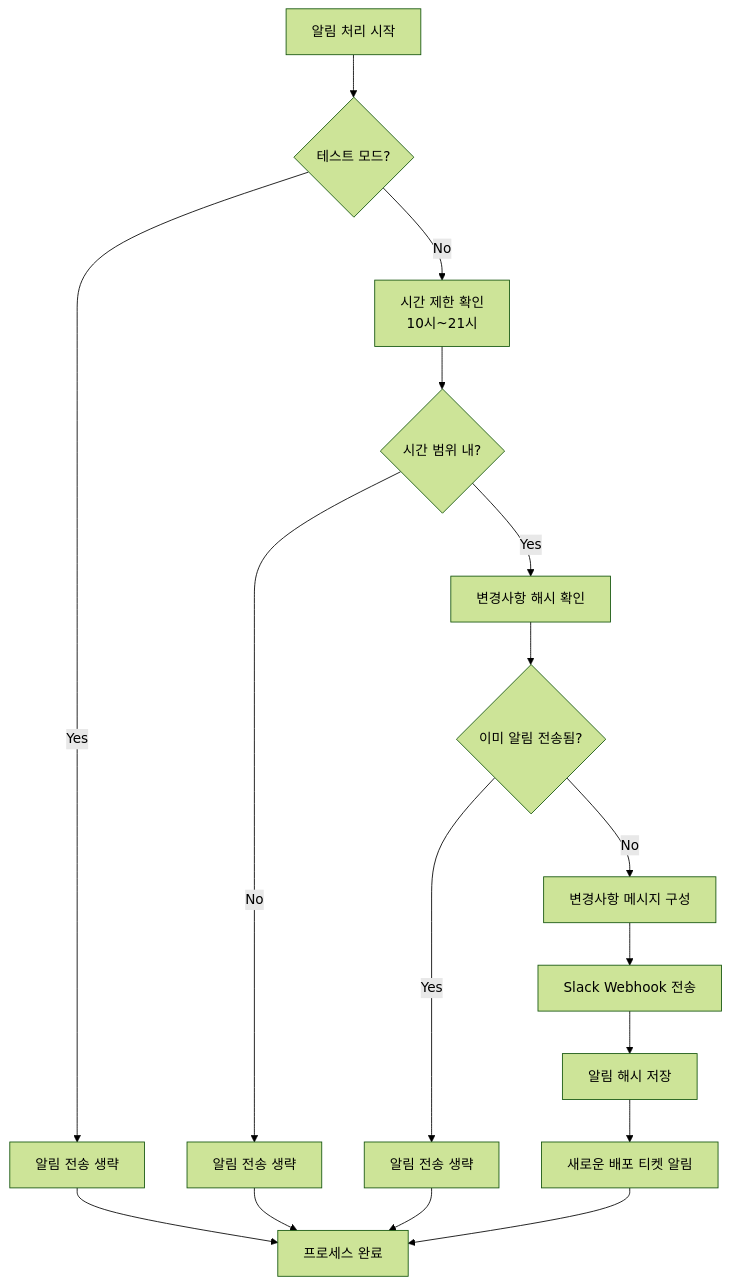
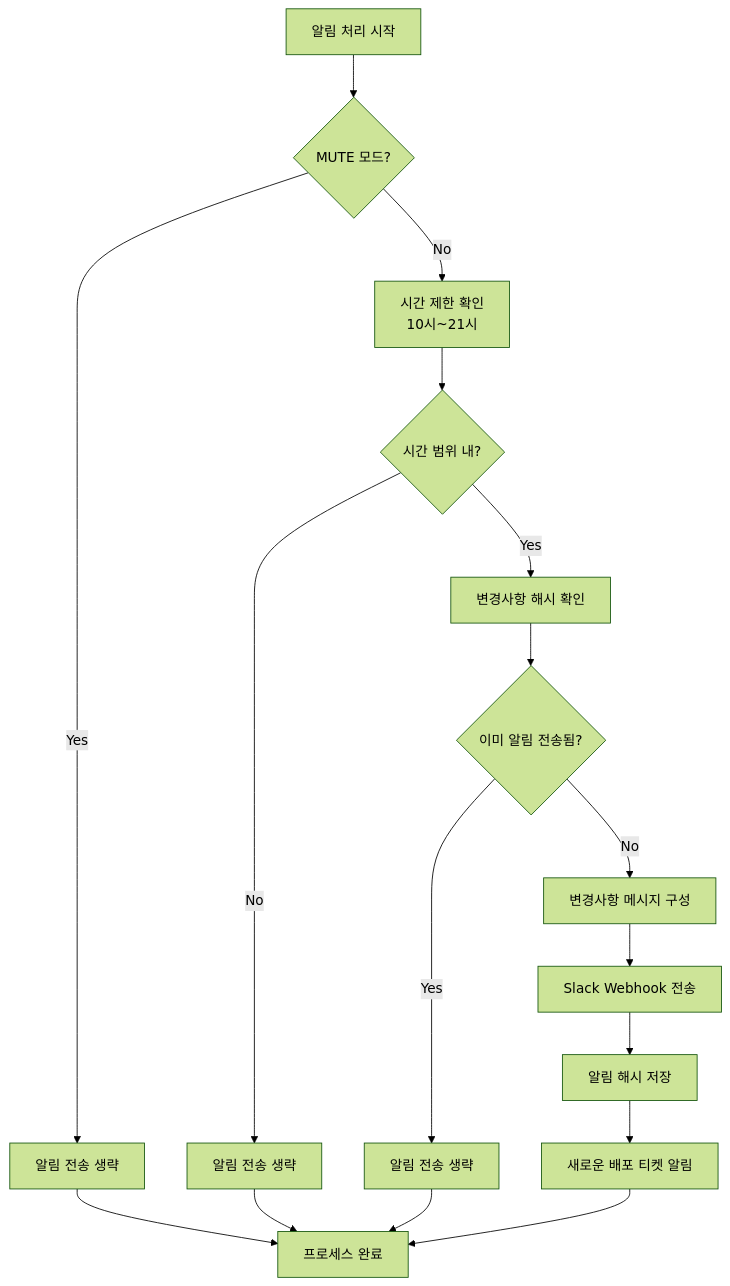
Before and after one commit to Opti-kjh/weekly-deploy-reporter: the fifth of 10 diagrams in create_weekly_report_process_diagram.md, drawn with Mermaid (forest theme). The commit also changed 6 other files, not shown here.

First line of the commit message:
feat: 주간 리포트 프로세스 다이어그램 및 스크립트 개선

````diff
--- a/create_weekly_report_process_diagram.md
+++ b/create_weekly_report_process_diagram.md
@@ -115,24 +115,24 @@
 ```mermaid
 flowchart TD
-    A[알림 처리 시작] --> B{테스트 모드?}
+    A[알림 처리 시작] --> B{MUTE 모드?}
     
     B -->|Yes| C[알림 전송 생략]
     B -->|No| D[시간 제한 확인<br/>10시~21시]
     
     D --> E{시간 범위 내?}
     E -->|No| F[알림 전송 생략]
     E -->|Yes| G[변경사항 해시 확인]
     
     G --> H{이미 알림 전송됨?}
     H -->|Yes| I[알림 전송 생략]
     H -->|No| J[변경사항 메시지 구성]
     
     J --> K[Slack Webhook 전송]
     K --> L[알림 해시 저장]
     L --> M[새로운 배포 티켓 알림]
     
     C --> N[프로세스 완료]
     F --> N
     I --> N
     M --> N
 ```
````
